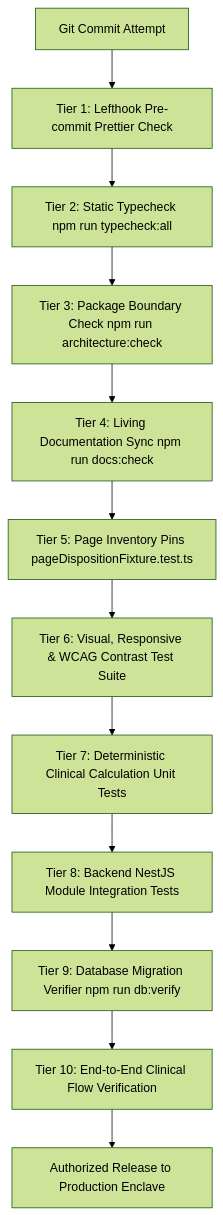
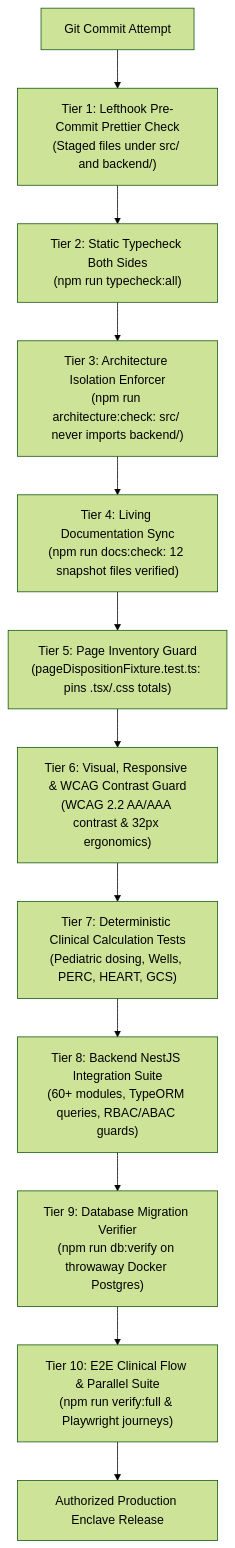
Before and after one commit to MISHHF93/CareDroid-Clinical-AI: the diagram in docs/TEST_STRATEGY.md, drawn with Mermaid (forest theme). The commit also changed other lines of this file and 328 other files, not shown here.

````diff
--- a/docs/TEST_STRATEGY.md
+++ b/docs/TEST_STRATEGY.md
@@ -13,14 +15,14 @@
 ```mermaid
 flowchart TD
-    Commit[Git Commit Attempt] --> Tier1[Tier 1: Lefthook Pre-commit Prettier Check]
-    Tier1 --> Tier2[Tier 2: Static Typecheck npm run typecheck:all]
-    Tier2 --> Tier3[Tier 3: Package Boundary Check npm run architecture:check]
-    Tier3 --> Tier4[Tier 4: Living Documentation Sync npm run docs:check]
-    Tier4 --> Tier5[Tier 5: Page Inventory Pins pageDispositionFixture.test.ts]
-    Tier5 --> Tier6[Tier 6: Visual, Responsive & WCAG Contrast Test Suite]
-    Tier6 --> Tier7[Tier 7: Deterministic Clinical Calculation Unit Tests]
-    Tier7 --> Tier8[Tier 8: Backend NestJS Module Integration Tests]
-    Tier8 --> Tier9[Tier 9: Database Migration Verifier npm run db:verify]
-    Tier9 --> Tier10[Tier 10: End-to-End Clinical Flow Verification]
-    Tier10 --> Deploy[Authorized Release to Production Enclave]
+    Commit["Git Commit Attempt"] --> T1["Tier 1: Lefthook Pre-Commit Prettier Check\n(Staged files under src/ and backend/)"]
+    T1 --> T2["Tier 2: Static Typecheck Both Sides\n(npm run typecheck:all)"]
+    T2 --> T3["Tier 3: Architecture Isolation Enforcer\n(npm run architecture:check: src/ never imports backend/)"]
+    T3 --> T4["Tier 4: Living Documentation Sync\n(npm run docs:check: 12 snapshot files verified)"]
+    T4 --> T5["Tier 5: Page Inventory Guard\n(pageDispositionFixture.test.ts: pins .tsx/.css totals)"]
+    T5 --> T6["Tier 6: Visual, Responsive & WCAG Contrast Guard\n(WCAG 2.2 AA/AAA contrast & 32px ergonomics)"]
+    T6 --> T7["Tier 7: Deterministic Clinical Calculation Tests\n(Pediatric dosing, Wells, PERC, HEART, GCS)"]
+    T7 --> T8["Tier 8: Backend NestJS Integration Suite\n(60+ modules, TypeORM queries, RBAC/ABAC guards)"]
+    T8 --> T9["Tier 9: Database Migration Verifier\n(npm run db:verify on throwaway Docker Postgres)"]
+    T9 --> T10["Tier 10: E2E Clinical Flow & Parallel Suite\n(npm run verify:full & Playwright journeys)"]
+    T10 --> Release["Authorized Production Enclave Release"]
 ```
````
